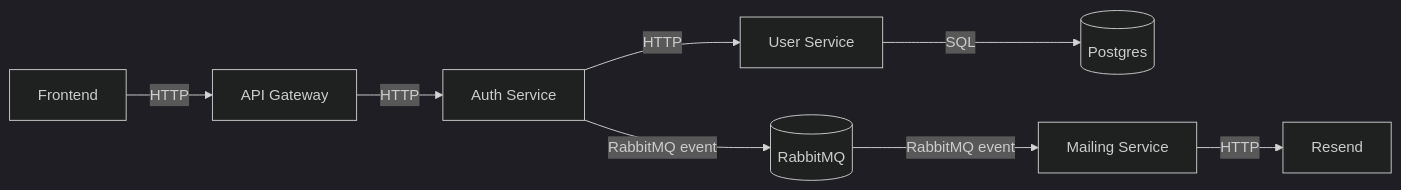
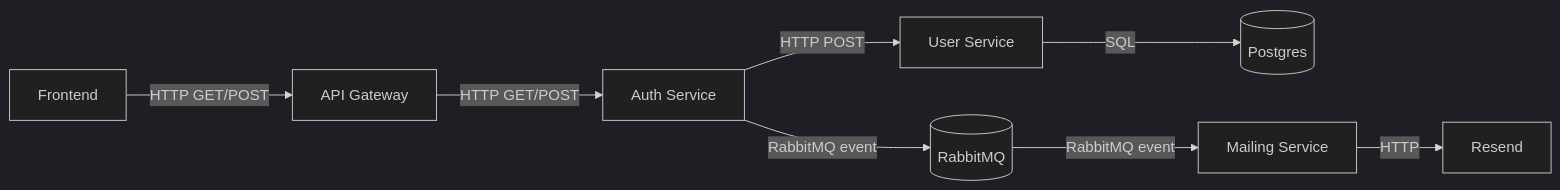
The second of 5 diagrams in README.md (Adambizien/Event_Thunder), drawn with Mermaid (dark theme) before and after one commit. The commit also changed other lines of this file, not shown here.

Commit message:
fix: update HTTP methods in architecture diagrams for accuracy

````diff
--- a/README.md
+++ b/README.md
@@ -37,10 +37,10 @@
 ```mermaid
 flowchart LR
-  Frontend[Frontend] -->|HTTP| Gateway[API Gateway]
-  Gateway -->|HTTP| Auth[Auth Service]
-  Auth -->|HTTP| Users[User Service]
+  Frontend[Frontend] -->|HTTP GET/POST| Gateway[API Gateway]
+  Gateway -->|HTTP GET/POST| Auth[Auth Service]
+  Auth -->|HTTP POST| Users[User Service]
   Users -->|SQL| Postgres[(Postgres)]
   Auth -->|RabbitMQ event| Rabbit[(RabbitMQ)]
   Rabbit -->|RabbitMQ event| Mailing[Mailing Service]
   Mailing -->|HTTP| Resend[Resend]
 ```
````
